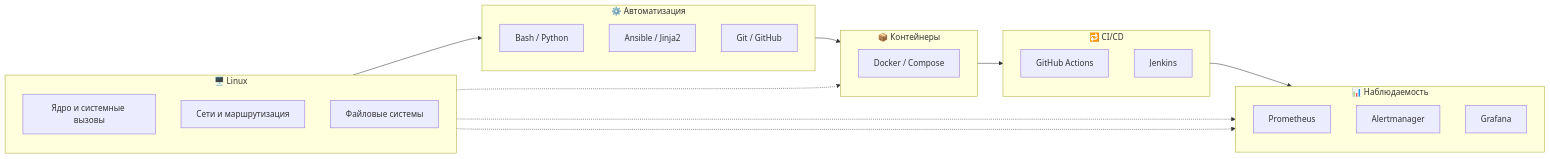
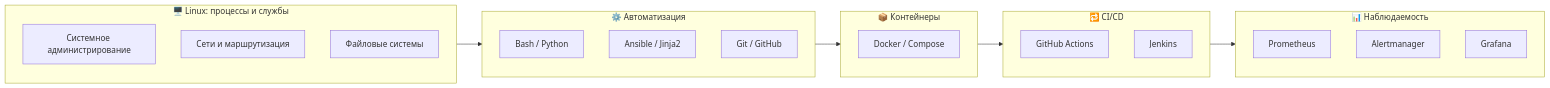
Before and after one commit to hagegata/hagegata: the diagram in README.md, drawn with Mermaid. The commit also changed other lines of this file, not shown here.

````diff
--- a/README.md
+++ b/README.md
@@ -158,43 +157,39 @@
 ```mermaid
 flowchart LR
-    subgraph Linux["🖥️ Linux"]
+    subgraph Linux["🖥️ Linux: процессы и службы"]
         direction TB
-        Core[Ядро и системные вызовы]
+        Core[Системное администрирование]
         Net[Сети и маршрутизация]
         Fs[Файловые системы]
     end
 
     subgraph Automation["⚙️ Автоматизация"]
         direction TB
         Bash[Bash / Python]
         Ansible[Ansible / Jinja2]
         Git[Git / GitHub]
     end
 
     subgraph Containers["📦 Контейнеры"]
         direction TB
         Docker[Docker / Compose]
     end
 
     subgraph CICD["🔁 CI/CD"]
         direction TB
         GHA[GitHub Actions]
         Jenkins[Jenkins]
     end
 
     subgraph Observability["📊 Наблюдаемость"]
         direction TB
         Prom[Prometheus]
         Alert[Alertmanager]
         Graf[Grafana]
     end
 
     Linux --> Automation
     Automation --> Containers
     Containers --> CICD
     CICD --> Observability
-
-    Core -.-> Docker
-    Net -.-> Observability
-    Fs -.-> Prom
 ```
````
